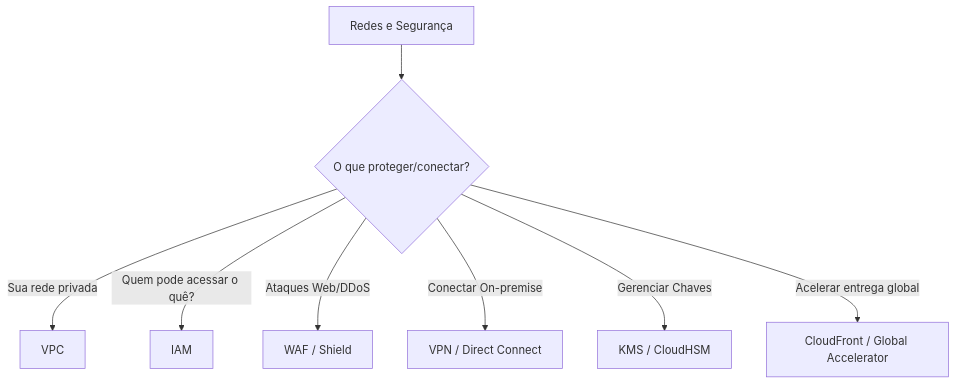
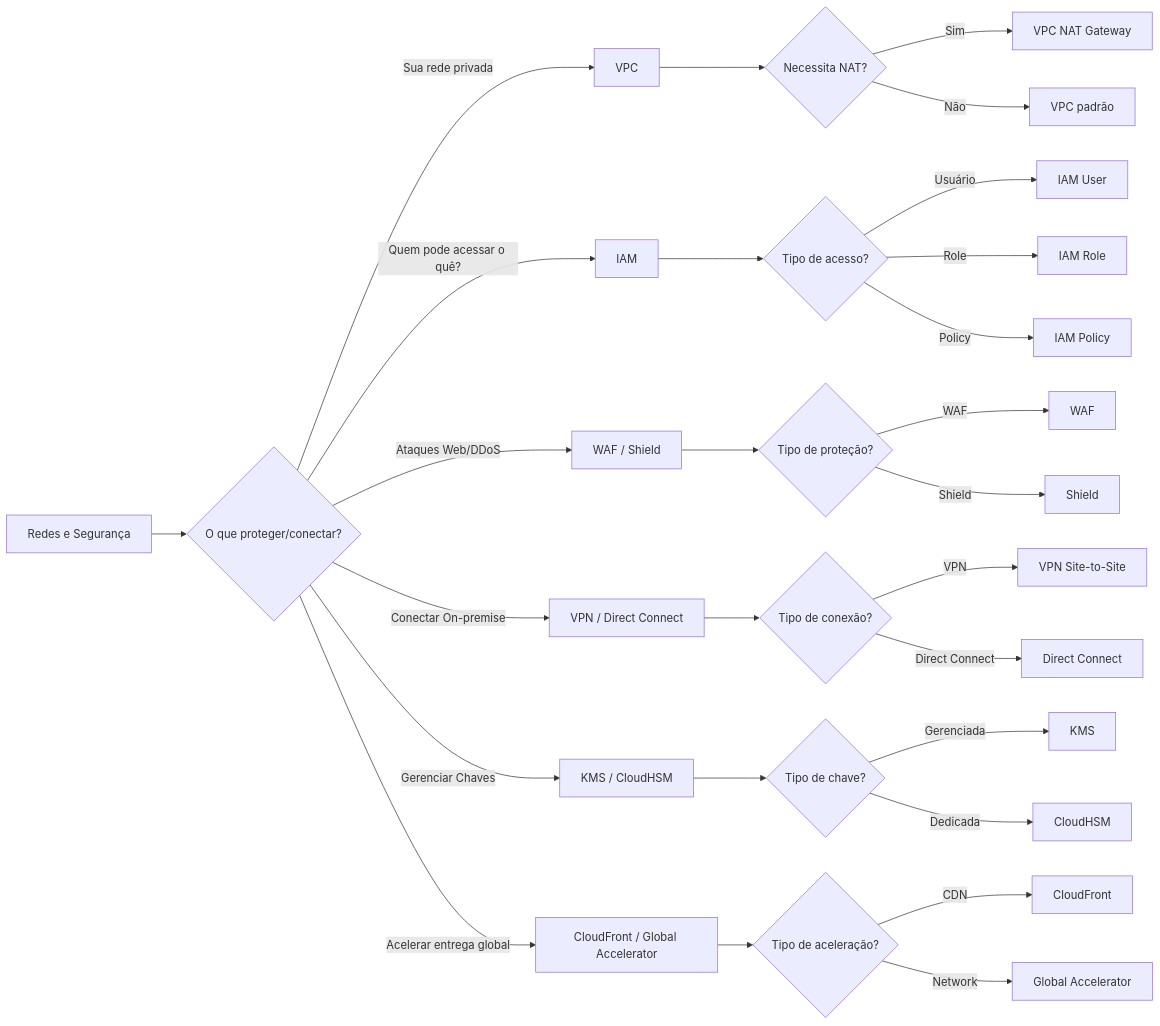
Before and after one commit to marcelooliveira/flashcards-aws: the ninth of 10 diagrams in minimal/decision-trees-aws-services.md, drawn with Mermaid. The commit also changed other lines of this file and 11 other files, not shown here.

````diff
--- a/minimal/decision-trees-aws-services.md
+++ b/minimal/decision-trees-aws-services.md
@@ -115,10 +245,29 @@
 ```mermaid
-graph TD
+graph LR
     A[Redes e Segurança] --> B{O que proteger/conectar?}
     B -- Sua rede privada --> C[VPC]
+    C --> C1{Necessita NAT?}
+    C1 -- Sim --> C2[VPC NAT Gateway]
+    C1 -- Não --> C3[VPC padrão]
     B -- Quem pode acessar o quê? --> D[IAM]
+    D --> D1{Tipo de acesso?}
+    D1 -- Usuário --> D2[IAM User]
+    D1 -- Role --> D3[IAM Role]
+    D1 -- Policy --> D4[IAM Policy]
     B -- Ataques Web/DDoS --> E[WAF / Shield]
+    E --> E1{Tipo de proteção?}
+    E1 -- WAF --> E2[WAF]
+    E1 -- Shield --> E3[Shield]
     B -- Conectar On-premise --> F[VPN / Direct Connect]
+    F --> F1{Tipo de conexão?}
+    F1 -- VPN --> F2[VPN Site-to-Site]
+    F1 -- Direct Connect --> F3[Direct Connect]
     B -- Gerenciar Chaves --> G[KMS / CloudHSM]
+    G --> G1{Tipo de chave?}
+    G1 -- Gerenciada --> G2[KMS]
+    G1 -- Dedicada --> G3[CloudHSM]
     B -- Acelerar entrega global --> H[CloudFront / Global Accelerator]
+    H --> H1{Tipo de aceleração?}
+    H1 -- CDN --> H2[CloudFront]
+    H1 -- Network --> H3[Global Accelerator]
 ```
````
